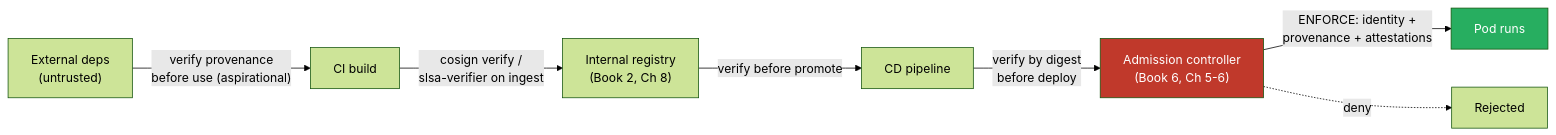
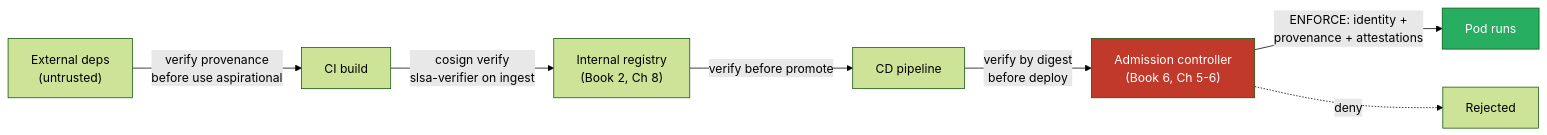
The third of 7 diagrams in book-05-signing-attestation/ch08-provenance-verification.md (bumbsclaw/textbooks), drawn with Mermaid (forest theme) before and after one commit. The commit also changed other lines of this file and 173 other files, not shown here.

First line of the commit message:
fix(mermaid): close note brackets, semicolons in Notes, stateDiagram br -> dash, edge parens

````diff
--- a/book-05-signing-attestation/ch08-provenance-verification.md
+++ b/book-05-signing-attestation/ch08-provenance-verification.md
@@ -419,11 +419,11 @@
 ```mermaid
 flowchart LR
-    ext["External deps<br/>(untrusted)"] -->|"verify provenance<br/>before use (aspirational)"| ci["CI build"]
-    ci -->|"cosign verify /<br/>slsa-verifier on ingest"| reg["Internal registry<br/>(Book 2, Ch 8)"]
+    ext["External deps<br/>(untrusted)"] -->|"verify provenance<br >before use aspirational "| ci["CI build"]
+    ci -->|"cosign verify <br >slsa-verifier on ingest"| reg["Internal registry<br/>(Book 2, Ch 8)"]
     reg -->|"verify before promote"| cd["CD pipeline"]
-    cd -->|"verify by digest<br/>before deploy"| adm["Admission controller<br/>(Book 6, Ch 5-6)"]
-    adm -->|"ENFORCE: identity +<br/>provenance + attestations"| run["Pod runs"]
+    cd -->|"verify by digest<br >before deploy"| adm["Admission controller<br/>(Book 6, Ch 5-6)"]
+    adm -->|"ENFORCE: identity +<br >provenance + attestations"| run["Pod runs"]
     adm -.->|"deny"| reject["Rejected"]
     style adm fill:#c0392b,color:#fff
     style run fill:#27ae60,color:#fff
 ```
````
